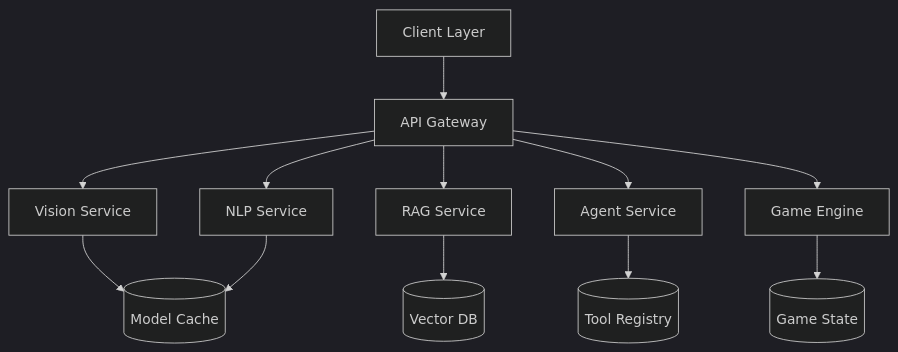
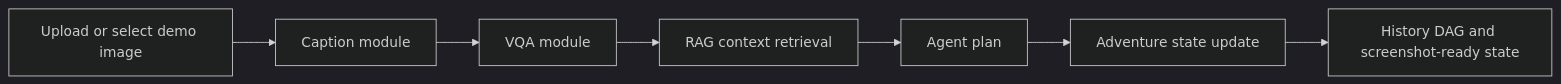
One commit to Justin21523/vision-quest changed the first of 6 diagrams in README.md. Above: the diagram before and after it, drawn with Mermaid (dark theme). The commit also changed other lines of this file and 48 other files, not shown here.

````diff
--- a/README.md
+++ b/README.md
@@ -84,15 +17,9 @@
 ```mermaid
-graph TD
-    A[Client Layer] --> B[API Gateway]
-    B --> C[Vision Service]
-    B --> D[NLP Service]
-    B --> E[RAG Service]
-    B --> F[Agent Service]
-    B --> G[Game Engine]
-
-    C --> H[(Model Cache)]
-    D --> H
-    E --> I[(Vector DB)]
-    F --> J[(Tool Registry)]
-    G --> K[(Game State)]
+flowchart LR
+    A[Upload or select demo image] --> B[Caption module]
+    B --> C[VQA module]
+    C --> D[RAG context retrieval]
+    D --> E[Agent plan]
+    E --> F[Adventure state update]
+    F --> G[History DAG and screenshot-ready state]
 ```
````
